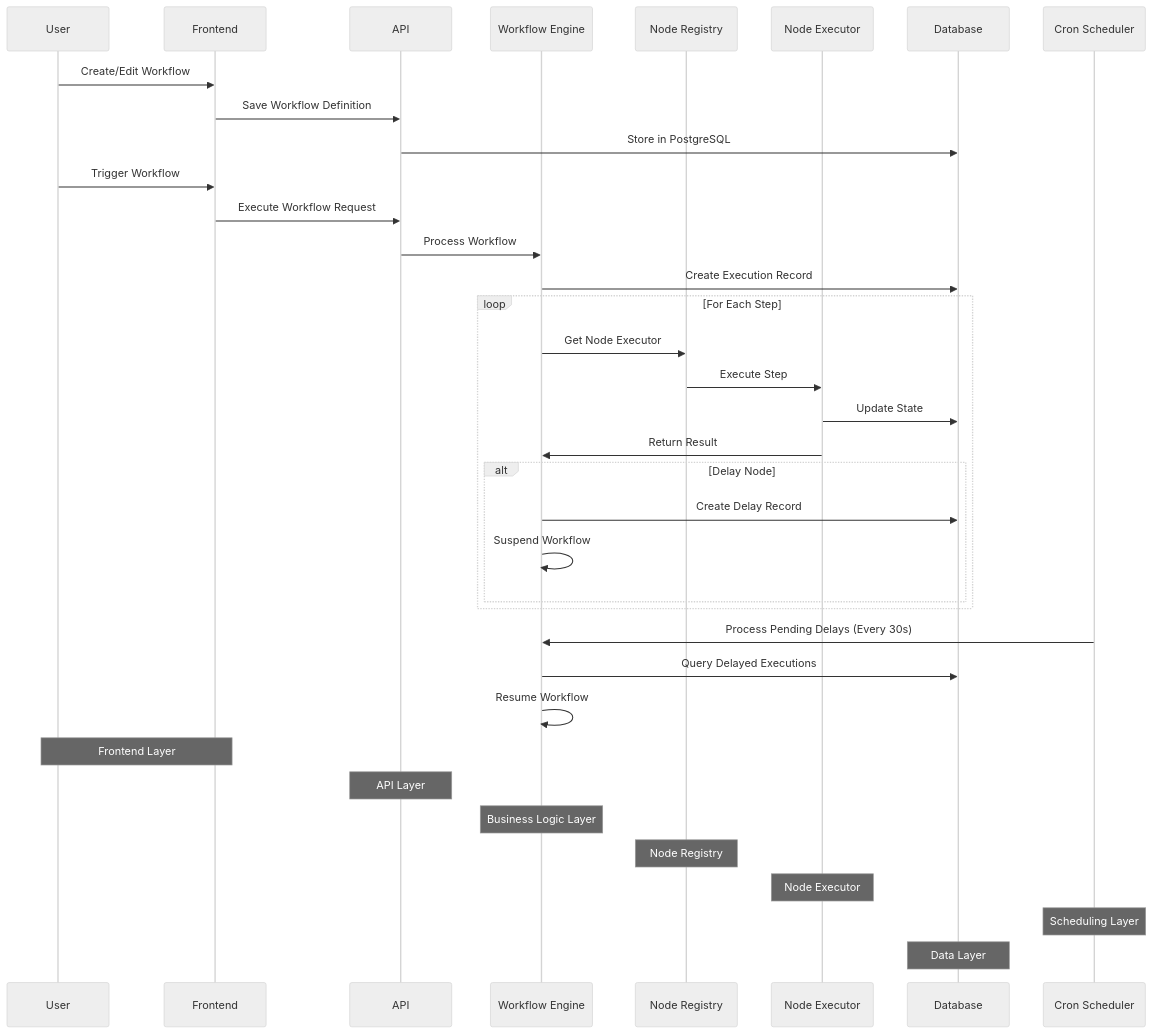
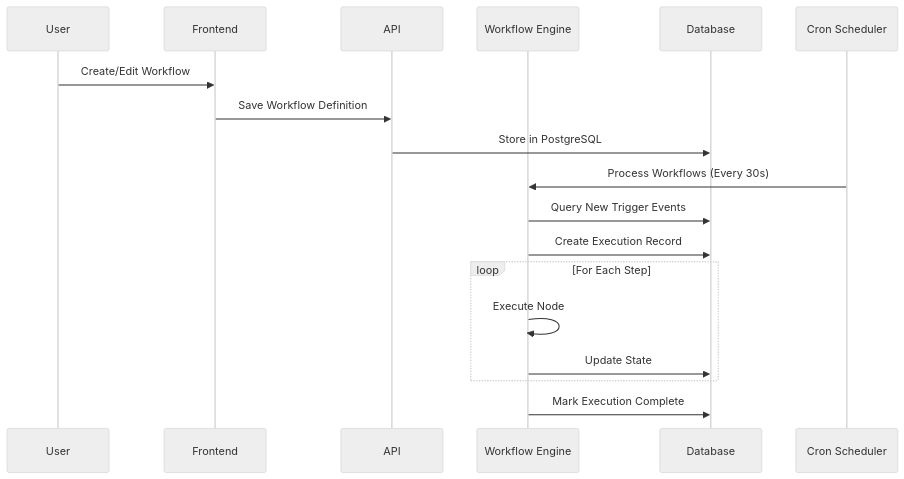
One commit to mdasrafkhan/workflow-me changed the second of 2 diagrams in README.md. Above: the diagram before and after it, drawn with Mermaid (neutral theme). The commit also changed other lines of this file, not shown here.

````diff
--- a/README.md
+++ b/README.md
@@ -82,45 +101,24 @@
 ```mermaid
 sequenceDiagram
     participant U as User
     participant F as Frontend
     participant A as API
     participant W as Workflow Engine
-    participant N as Node Registry
-    participant E as Node Executor
     participant D as Database
     participant C as Cron Scheduler
 
     U->>F: Create/Edit Workflow
     F->>A: Save Workflow Definition
     A->>D: Store in PostgreSQL
 
-    U->>F: Trigger Workflow
-    F->>A: Execute Workflow Request
-    A->>W: Process Workflow
+    C->>W: Process Workflows (Every 30s)
+    W->>D: Query New Trigger Events
     W->>D: Create Execution Record
 
     loop For Each Step
-        W->>N: Get Node Executor
-        N->>E: Execute Step
-        E->>D: Update State
-        E->>W: Return Result
-
-        alt Delay Node
-            W->>D: Create Delay Record
-            W->>W: Suspend Workflow
-        end
+        W->>W: Execute Node
+        W->>D: Update State
     end
 
-    C->>W: Process Pending Delays (Every 30s)
-    W->>D: Query Delayed Executions
-    W->>W: Resume Workflow
-
-    %% Styling
-    note over U,F: Frontend Layer
-    note over A: API Layer
-    note over W: Business Logic Layer
-    note over N: Node Registry
-    note over E: Node Executor
-    note over C: Scheduling Layer
-    note over D: Data Layer
+    W->>D: Mark Execution Complete
 ```
````
